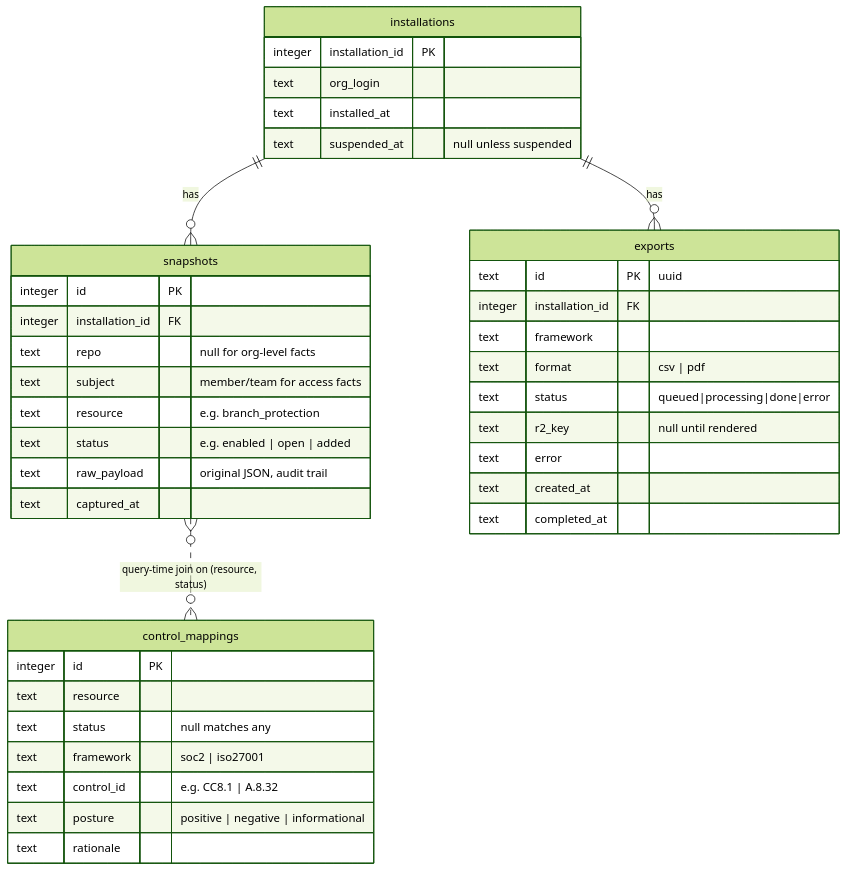
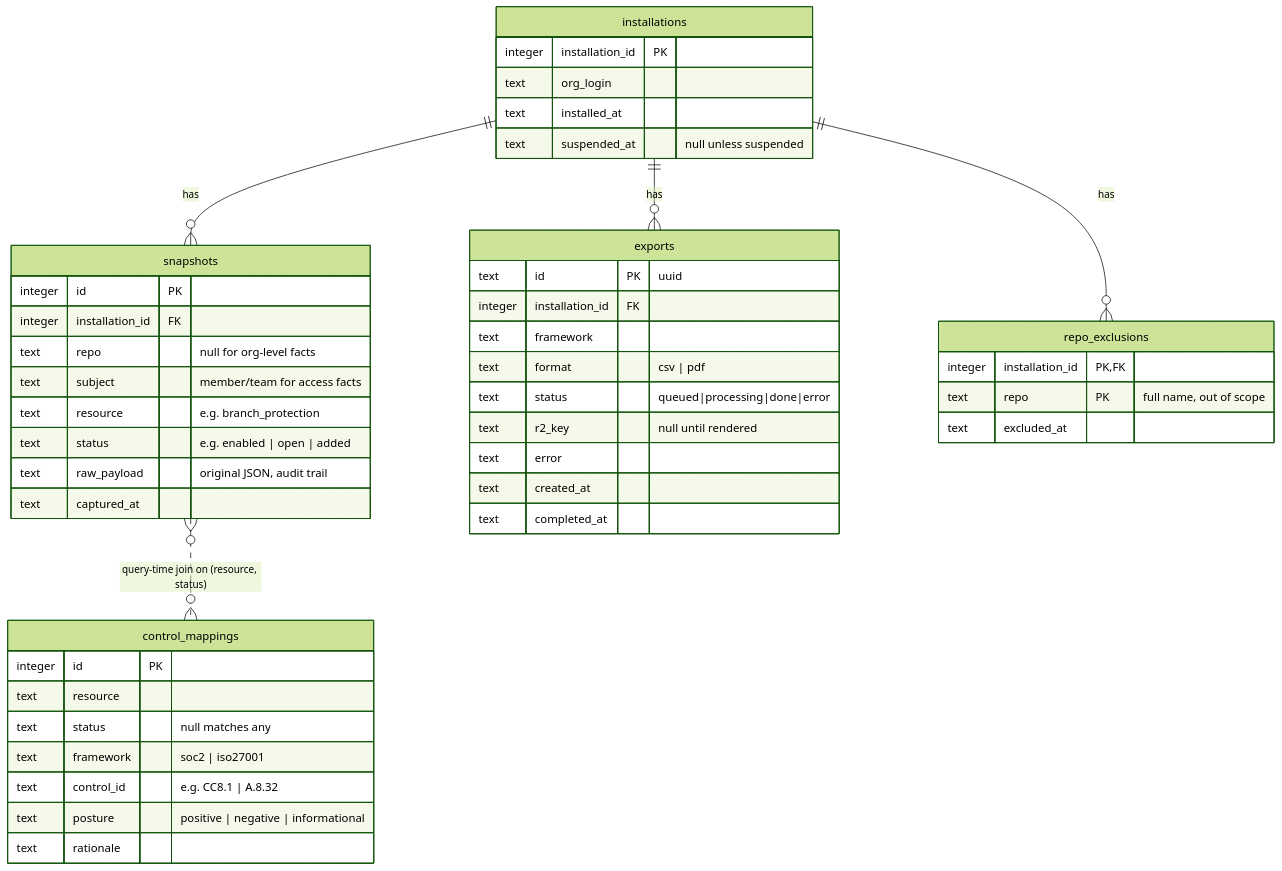
The fifth of 6 diagrams in docs/architecture.md (audit-labs/gh-attest), drawn with Mermaid (forest theme) before and after one commit. The commit also changed other lines of this file and 6 other files, not shown here.

````diff
--- a/docs/architecture.md
+++ b/docs/architecture.md
@@ -175,43 +175,49 @@
 ```mermaid
 erDiagram
   installations ||--o{ snapshots : has
   installations ||--o{ exports : has
+  installations ||--o{ repo_exclusions : has
   snapshots }o..o{ control_mappings : "query-time join on (resource, status)"
 
   installations {
     integer installation_id PK
     text    org_login
     text    installed_at
     text    suspended_at "null unless suspended"
   }
   snapshots {
     integer id PK
     integer installation_id FK
     text    repo "null for org-level facts"
     text    subject "member/team for access facts"
     text    resource "e.g. branch_protection"
     text    status "e.g. enabled | open | added"
     text    raw_payload "original JSON, audit trail"
     text    captured_at
   }
   control_mappings {
     integer id PK
     text    resource
     text    status "null matches any"
     text    framework "soc2 | iso27001"
     text    control_id "e.g. CC8.1 | A.8.32"
     text    posture "positive | negative | informational"
     text    rationale
   }
+  repo_exclusions {
+    integer installation_id PK,FK
+    text    repo PK "full name, out of scope"
+    text    excluded_at
+  }
   exports {
     text    id PK "uuid"
     integer installation_id FK
     text    framework
     text    format "csv | pdf"
     text    status "queued|processing|done|error"
     text    r2_key "null until rendered"
     text    error
     text    created_at
     text    completed_at
   }
 ```
````
